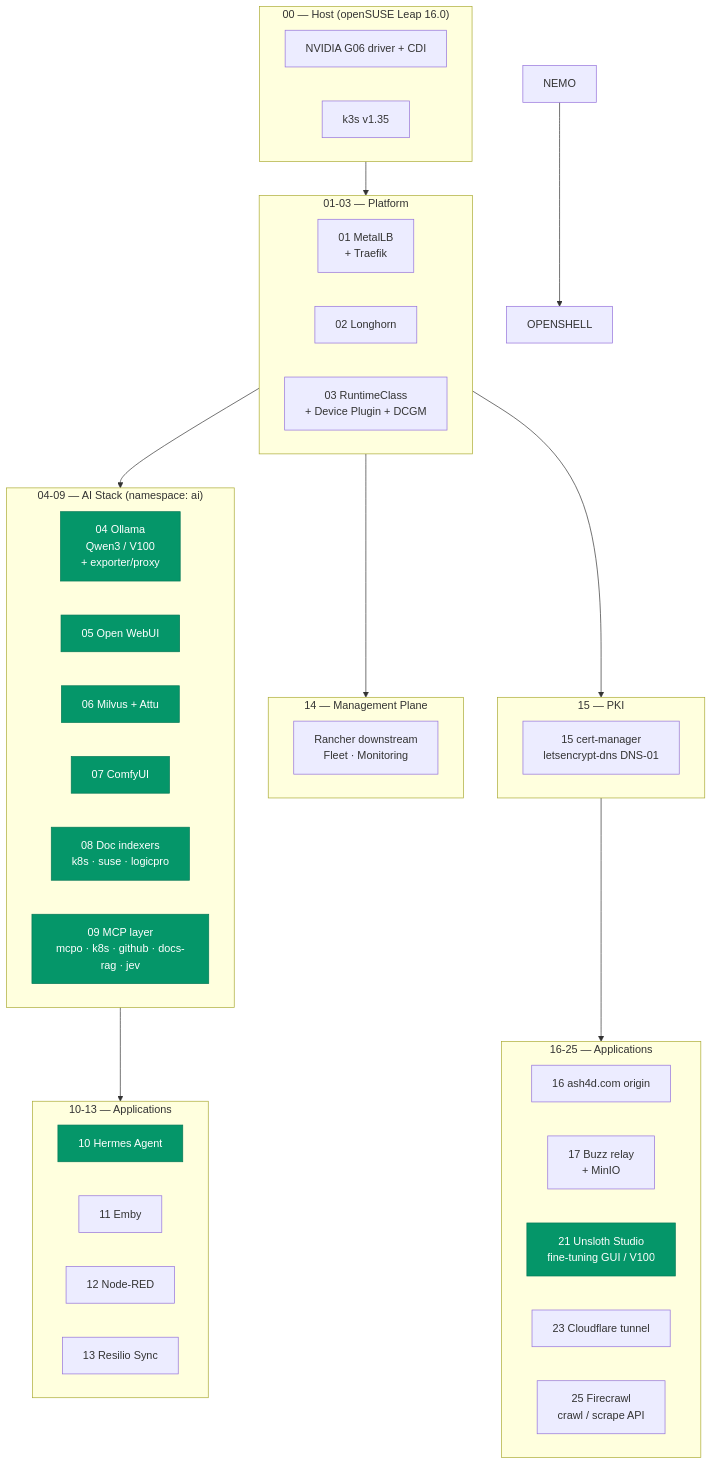
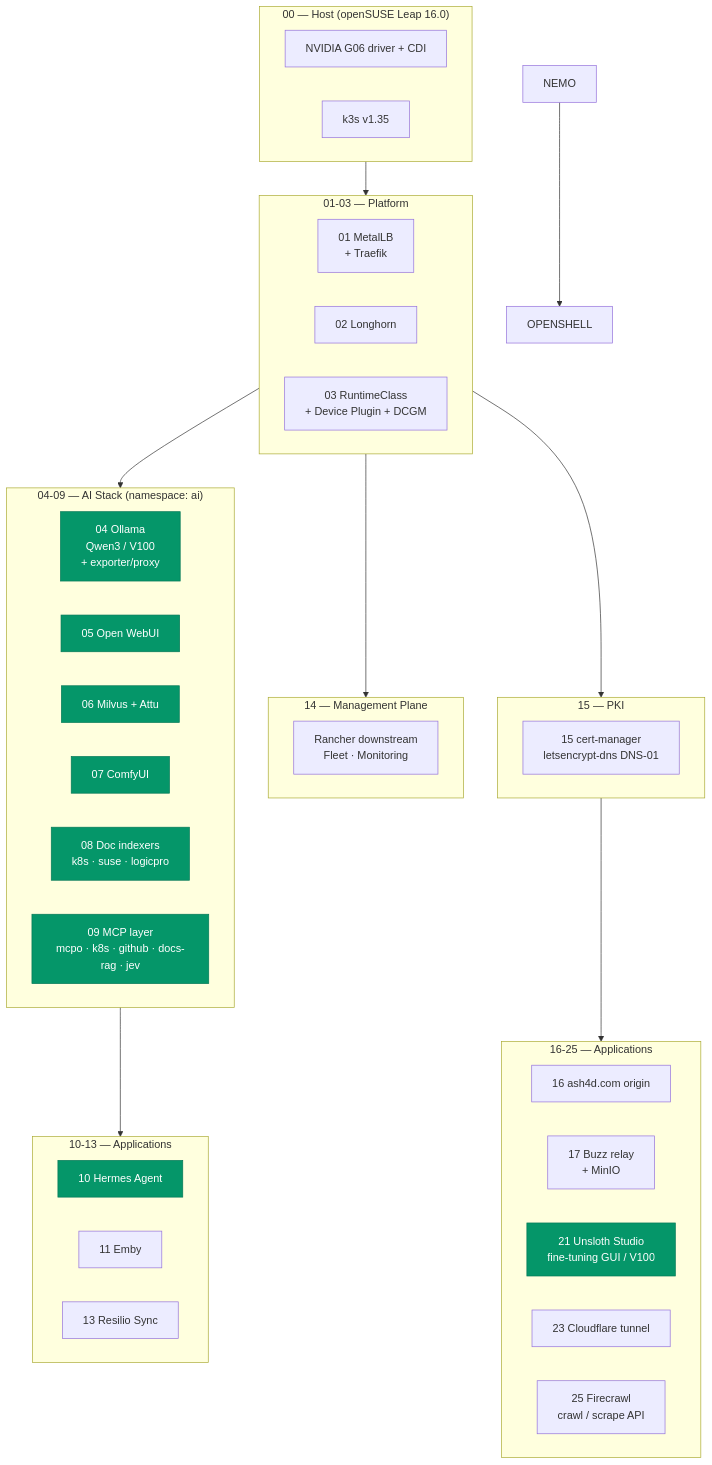
One commit to darthzen/lab-fleet changed the first of 2 diagrams in README.md. Above: the diagram before and after it, drawn with Mermaid. The commit also changed other lines of this file and 6 other files, not shown here.

First line of the commit message:
Remove node-red (12-node-red, lab-node-red GitRepo)

````diff
--- a/README.md
+++ b/README.md
@@ -11,54 +11,53 @@
 ```mermaid
 flowchart TD
     subgraph host["00 — Host (openSUSE Leap 16.0)"]
         DRIVER[NVIDIA G06 driver + CDI]
         K3S[k3s v1.35]
     end
 
     subgraph platform["01-03 — Platform"]
         METALLB[01 MetalLB<br/>+ Traefik]
         LONGHORN[02 Longhorn]
         GPU[03 RuntimeClass<br/>+ Device Plugin + DCGM]
     end
 
     subgraph ai["04-09 — AI Stack (namespace: ai)"]
         OLLAMA[04 Ollama<br/>Qwen3 / V100<br/>+ exporter/proxy]
         OWUI[05 Open WebUI]
         MILVUS[06 Milvus + Attu]
         COMFY[07 ComfyUI]
         INDEXER[08 Doc indexers<br/>k8s · suse · logicpro]
         MCP[09 MCP layer<br/>mcpo · k8s · github · docs-rag · jev]
     end
 
     subgraph apps["10-13 — Applications"]
         HERMES[10 Hermes Agent]
         EMBY[11 Emby]
-        NODERED[12 Node-RED]
         RESILIO[13 Resilio Sync]
     end
 
     subgraph mgmt["14 — Management Plane"]
         RANCHER[Rancher downstream<br/>Fleet · Monitoring]
     end
 
     subgraph pki["15 — PKI"]
         CERTMGR[15 cert-manager<br/>letsencrypt-dns DNS-01]
     end
 
     subgraph more["16-25 — Applications"]
         ORIGIN[16 ash4d.com origin]
         BUZZ[17 Buzz relay<br/>+ MinIO]
         UNSLOTH[21 Unsloth Studio<br/>fine-tuning GUI / V100]
         CFTUNNEL[23 Cloudflare tunnel]
         FIRECRAWL[25 Firecrawl<br/>crawl / scrape API]
     end
 
     host --> platform --> ai --> apps
     platform --> mgmt
     platform --> pki
     pki --> more
     NEMO --> OPENSHELL
 
     classDef ai_c fill:#059669,stroke:#047857,color:#fff
     class OLLAMA,OWUI,MILVUS,COMFY,INDEXER,MCP,HERMES,UNSLOTH ai_c
 ```
````
